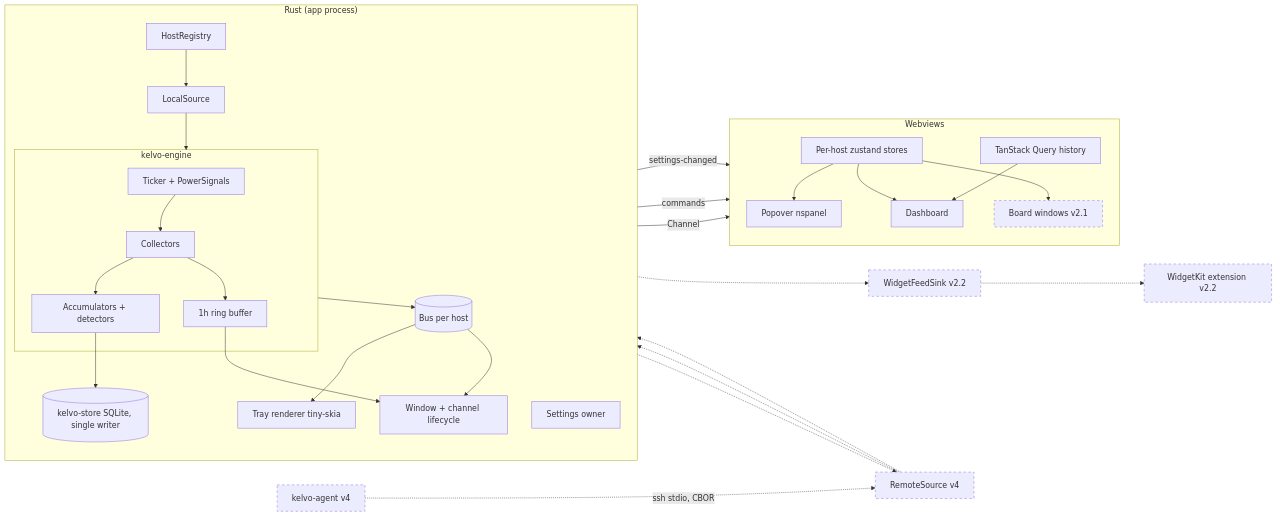
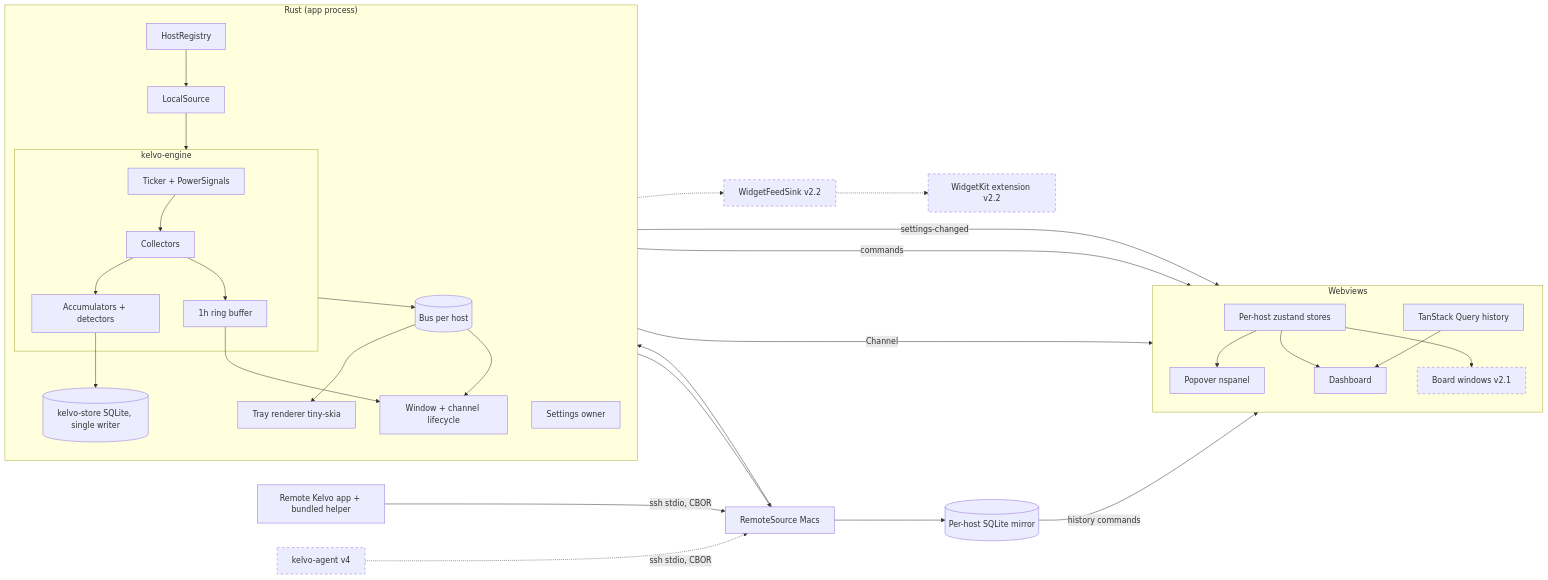
The diagram in plan/README.md (tryopendata/kelvo), drawn with Mermaid before and after one commit. The commit also changed other lines of this file and 6 other files, not shown here.

Commit message:
docs(remote): reconcile SSH setup guidance and progress

````diff
--- a/plan/README.md
+++ b/plan/README.md
@@ -88,57 +96,60 @@
 ```mermaid
 flowchart LR
   subgraph Rust["Rust (app process)"]
     direction TB
     REG[HostRegistry]
     LS[LocalSource]
     subgraph ENG[kelvo-engine]
       TK[Ticker + PowerSignals]
       COL[Collectors]
       ACC[Accumulators + detectors]
       RING[1h ring buffer]
     end
     BUS[(Bus per host)]
     STORE[(kelvo-store SQLite, single writer)]
     TRAY[Tray renderer tiny-skia]
     WIN[Window + channel lifecycle]
     SET[Settings owner]
   end
 
   subgraph Web["Webviews"]
     direction TB
     POP[Popover nspanel]
     DASH[Dashboard]
     BOARD[Board windows v2.1]
     HS[Per-host zustand stores]
     TQ[TanStack Query history]
   end
 
   REG --> LS --> ENG
   TK --> COL --> ACC
   COL --> RING
   ENG --> BUS
   ACC --> STORE
   BUS --> TRAY
   BUS --> WIN
   RING --> WIN
   WIN -->|Channel| HS
   STORE -->|commands| TQ
   SET -->|settings-changed| Web
   HS --> POP
   HS --> DASH
   HS --> BOARD
   TQ --> DASH
 
   WF[WidgetFeedSink v2.2]
   WK[WidgetKit extension v2.2]
   AG[kelvo-agent v4]
-  RS[RemoteSource v4]
+  RS[RemoteSource Macs]
+  MAC[Remote Kelvo app + bundled helper]
   BUS -.-> WF -.-> WK
   AG -.->|ssh stdio, CBOR| RS
-  REG -.-> RS
-  RS -.-> BUS
-  RS -.-> STORE
+  MAC -->|ssh stdio, CBOR| RS
+  REG --> RS
+  RS --> BUS
+  RS --> MIRROR[(Per-host SQLite mirror)]
+  MIRROR -->|history commands| TQ
 
   classDef future stroke-dasharray: 5 5
-  class WF,WK,AG,RS,BOARD future
+  class WF,WK,AG,BOARD future
 ```
````
